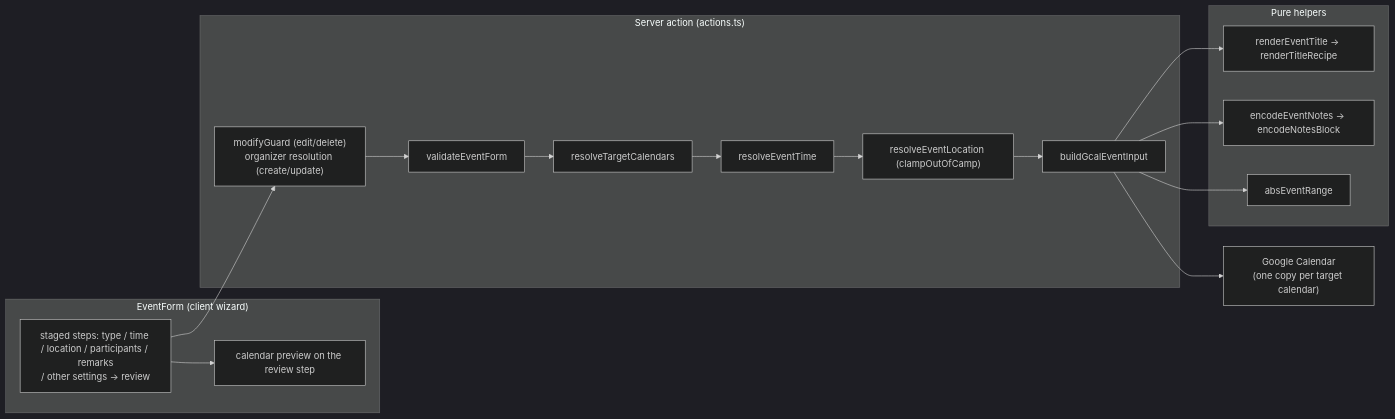
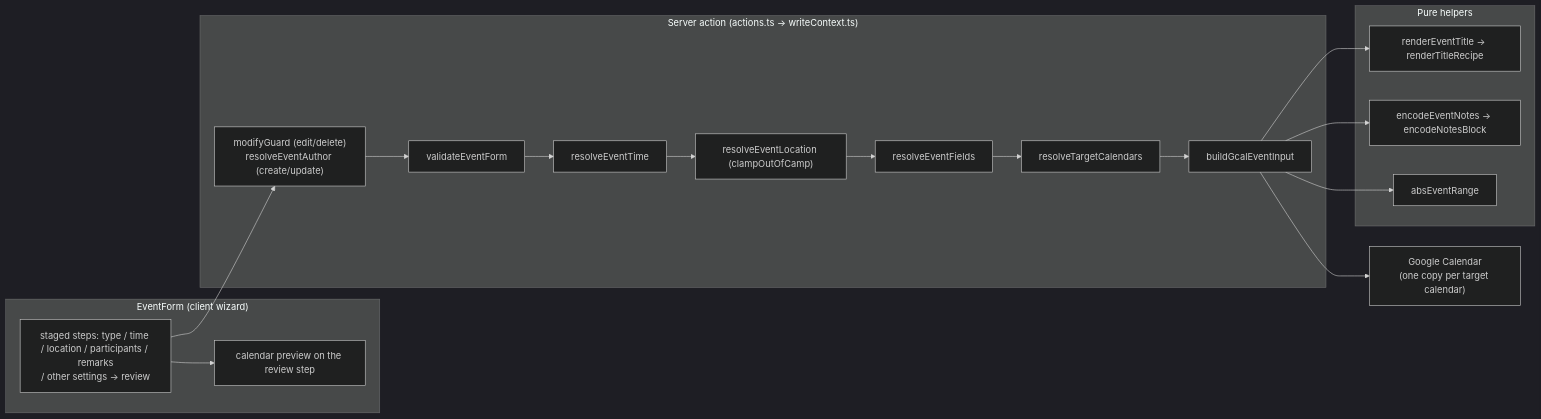
One commit to oncloudnintynineone-source/cloudy2 changed the first of 4 diagrams in docs/event-lifecycle.md. Above: the diagram before and after it, drawn with Mermaid (dark theme). The commit also changed 22 other files, not shown here.

Commit message:
docs: sync mermaid diagrams with current code, fix diagram syntax errors

````diff
--- a/docs/event-lifecycle.md
+++ b/docs/event-lifecycle.md
@@ -78,28 +78,29 @@
 ```mermaid
 flowchart LR
  subgraph FORM["EventForm (client wizard)"]
  W["staged steps: type / time / location / participants / remarks<br/>/ other settings → review"]
  P["calendar preview on the review step"]
  end
- subgraph GUARD["Server action (actions.ts)"]
- G["modifyGuard (edit/delete)<br/>organizer resolution (create/update)"]
+ subgraph GUARD["Server action (actions.ts → writeContext.ts)"]
+ G["modifyGuard (edit/delete)<br/>resolveEventAuthor (create/update)"]
  V["validateEventForm"]
- T["resolveTargetCalendars"]
  RT["resolveEventTime"]
  RL["resolveEventLocation (clampOutOfCamp)"]
+ RF["resolveEventFields"]
+ T["resolveTargetCalendars"]
  B["buildGcalEventInput"]
  end
  subgraph PURE["Pure helpers"]
  TE["renderEventTitle → renderTitleRecipe"]
  NB["encodeEventNotes → encodeNotesBlock"]
  AR["absEventRange"]
  end
  Gcal["Google Calendar<br/>(one copy per target calendar)"]
 
  W --> P
- W --> G --> V --> T --> RT --> RL --> B
+ W --> G --> V --> RT --> RL --> RF --> T --> B
  B --> TE
  B --> NB
  B --> AR
  B --> Gcal
 ```
````
